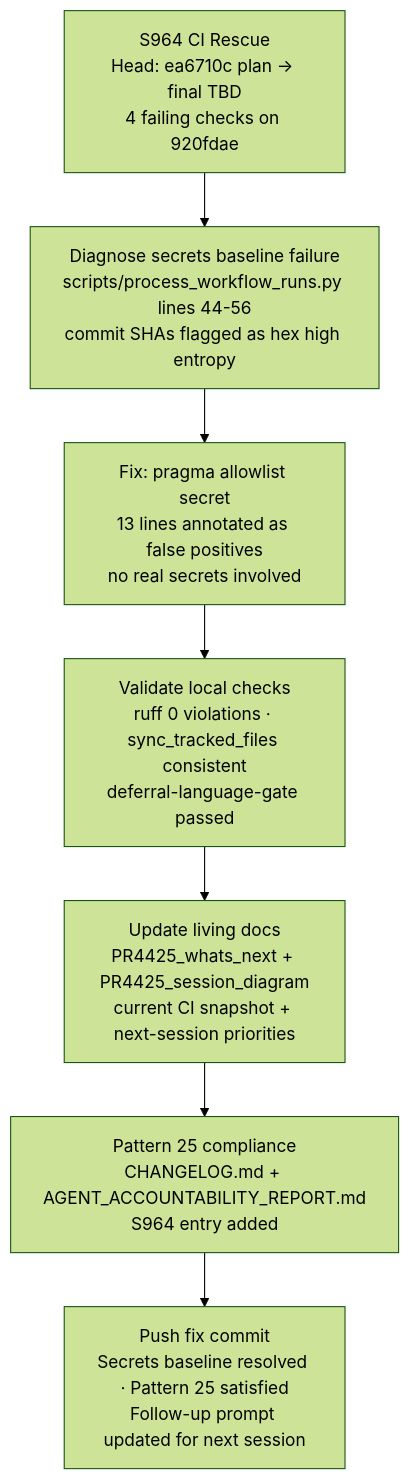
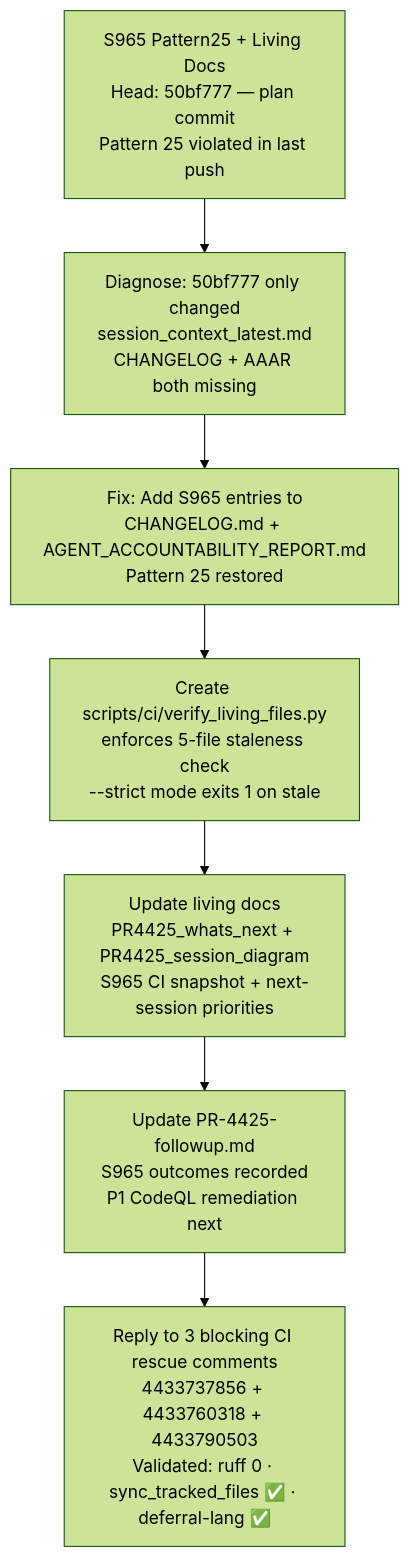
Before and after one commit to Aries-Serpent/_codex_: the diagram in docs/sessions/PR4425_session_diagram.md, drawn with Mermaid (forest theme). The commit also changed other lines of this file and 5 other files, not shown here.

First line of the commit message:
fix(s965): Pattern 25 fix, create verify_living_files.py, refresh living docs + CHANGELOG + AAAR

````diff
--- a/docs/sessions/PR4425_session_diagram.md
+++ b/docs/sessions/PR4425_session_diagram.md
@@ -3,10 +3,10 @@
 ```mermaid
 graph TD
-  A[S964 CI Rescue<br/>Head: ea6710c plan → final TBD<br/>4 failing checks on 920fdae] --> B
-  B[Diagnose secrets baseline failure<br/>scripts/process_workflow_runs.py lines 44-56<br/>commit SHAs flagged as hex high entropy] --> C
-  C[Fix: pragma allowlist secret<br/>13 lines annotated as false positives<br/>no real secrets involved] --> D
-  D[Validate local checks<br/>ruff 0 violations · sync_tracked_files consistent<br/>deferral-language-gate passed] --> E
-  E[Update living docs<br/>PR4425_whats_next + PR4425_session_diagram<br/>current CI snapshot + next-session priorities] --> F
-  F[Pattern 25 compliance<br/>CHANGELOG.md + AGENT_ACCOUNTABILITY_REPORT.md<br/>S964 entry added] --> G
-  G[Push fix commit<br/>Secrets baseline resolved · Pattern 25 satisfied<br/>Follow-up prompt updated for next session]
+  A[S965 Pattern25 + Living Docs<br/>Head: 50bf777 — plan commit<br/>Pattern 25 violated in last push] --> B
+  B[Diagnose: 50bf777 only changed<br/>session_context_latest.md<br/>CHANGELOG + AAAR both missing] --> C
+  C[Fix: Add S965 entries to<br/>CHANGELOG.md + AGENT_ACCOUNTABILITY_REPORT.md<br/>Pattern 25 restored] --> D
+  D[Create scripts/ci/verify_living_files.py<br/>enforces 5-file staleness check<br/>--strict mode exits 1 on stale] --> E
+  E[Update living docs<br/>PR4425_whats_next + PR4425_session_diagram<br/>S965 CI snapshot + next-session priorities] --> F
+  F[Update PR-4425-followup.md<br/>S965 outcomes recorded<br/>P1 CodeQL remediation next] --> G
+  G[Reply to 3 blocking CI rescue comments<br/>4433737856 + 4433760318 + 4433790503<br/>Validated: ruff 0 · sync_tracked_files ✅ · deferral-lang ✅]
 ```
````
